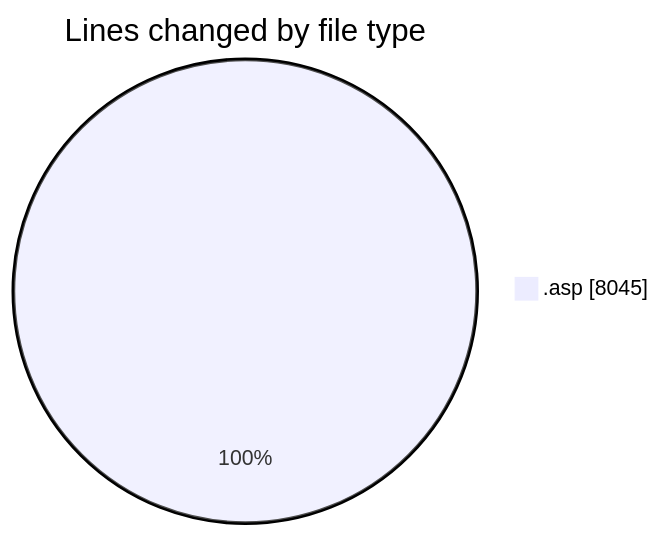
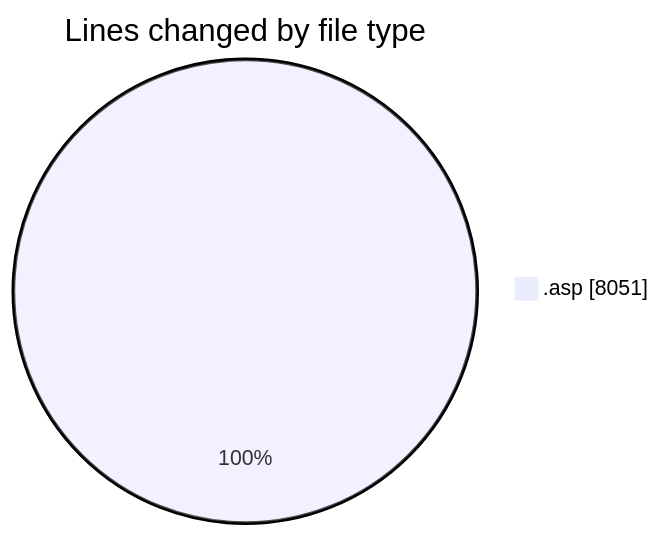
Before and after one commit to julien-gomy/code-tracking: the first of 2 diagrams in 2025-11-15/cdp_aleoudev_fr__workspace_/README.md, drawn with Mermaid. The commit also changed other lines of this file and 1 other file, not shown here.

````diff
--- a/2025-11-15/cdp_aleoudev_fr__workspace_/README.md
+++ b/2025-11-15/cdp_aleoudev_fr__workspace_/README.md
@@ -32,5 +32,5 @@
 ```mermaid
 pie showData
 title Lines changed by file type
-".asp" : 8045
+".asp" : 8051
 ```
````
